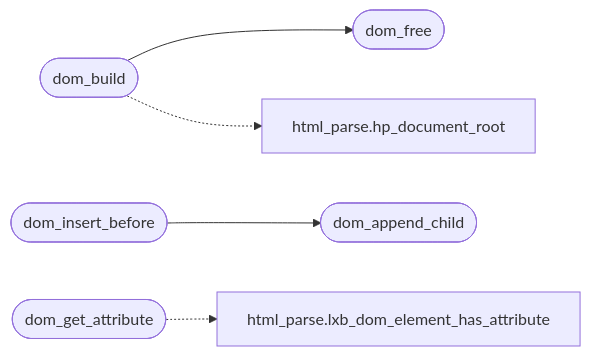
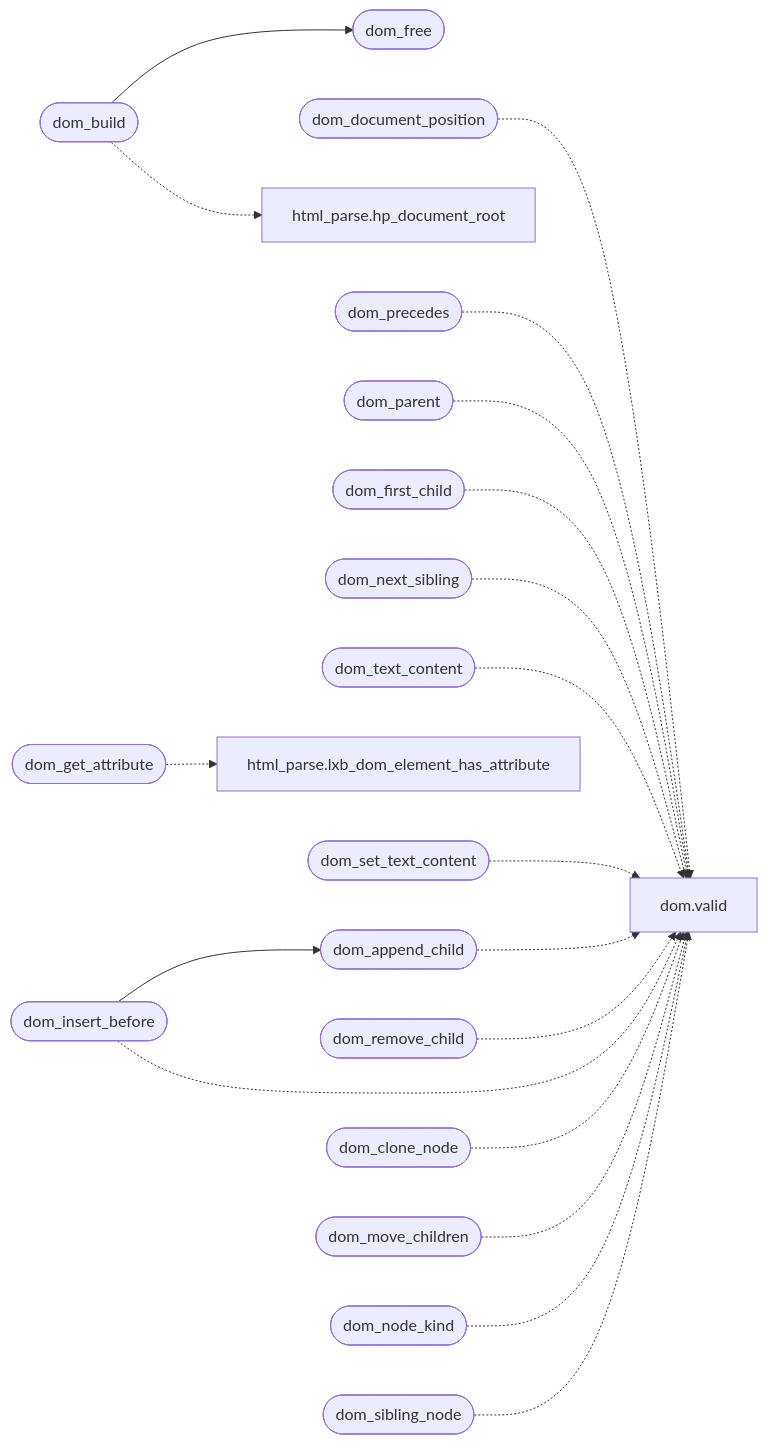
Before and after one commit to grisuno/FreeDom: the second of 2 diagrams in readmenator-apidocs/modules/src.dom.c.md, drawn with Mermaid. The commit also changed other lines of this file and 248 other files, not shown here.

````diff
--- a/readmenator-apidocs/modules/src.dom.c.md
+++ b/readmenator-apidocs/modules/src.dom.c.md
@@ -36,14 +36,41 @@
 ```mermaid
 flowchart LR
     n_src_dom_c__dom_build(["dom_build"])
     n_src_dom_c__dom_free(["dom_free"])
     n_src_dom_c__dom_insert_before(["dom_insert_before"])
     n_src_dom_c__dom_append_child(["dom_append_child"])
     n_include_html_parse_h__hp_document_root["html_parse.hp_document_root"]
+    n_src_dom_c__dom_document_position(["dom_document_position"])
+    n_include_dom_h__valid["dom.valid"]
+    n_src_dom_c__dom_precedes(["dom_precedes"])
+    n_src_dom_c__dom_parent(["dom_parent"])
+    n_src_dom_c__dom_first_child(["dom_first_child"])
+    n_src_dom_c__dom_next_sibling(["dom_next_sibling"])
     n_src_dom_c__dom_get_attribute(["dom_get_attribute"])
     n_src_html_parse_c__lxb_dom_element_has_attribute["html_parse.lxb_dom_element_has_attribute"]
+    n_src_dom_c__dom_text_content(["dom_text_content"])
+    n_src_dom_c__dom_set_text_content(["dom_set_text_content"])
+    n_src_dom_c__dom_remove_child(["dom_remove_child"])
+    n_src_dom_c__dom_clone_node(["dom_clone_node"])
+    n_src_dom_c__dom_move_children(["dom_move_children"])
+    n_src_dom_c__dom_node_kind(["dom_node_kind"])
+    n_src_dom_c__dom_sibling_node(["dom_sibling_node"])
     n_src_dom_c__dom_build --> n_src_dom_c__dom_free
     n_src_dom_c__dom_insert_before --> n_src_dom_c__dom_append_child
     n_src_dom_c__dom_build -.-> n_include_html_parse_h__hp_document_root
+    n_src_dom_c__dom_document_position -.-> n_include_dom_h__valid
+    n_src_dom_c__dom_precedes -.-> n_include_dom_h__valid
+    n_src_dom_c__dom_parent -.-> n_include_dom_h__valid
+    n_src_dom_c__dom_first_child -.-> n_include_dom_h__valid
+    n_src_dom_c__dom_next_sibling -.-> n_include_dom_h__valid
     n_src_dom_c__dom_get_attribute -.-> n_src_html_parse_c__lxb_dom_element_has_attribute
+    n_src_dom_c__dom_text_content -.-> n_include_dom_h__valid
+    n_src_dom_c__dom_set_text_content -.-> n_include_dom_h__valid
+    n_src_dom_c__dom_append_child -.-> n_include_dom_h__valid
+    n_src_dom_c__dom_remove_child -.-> n_include_dom_h__valid
+    n_src_dom_c__dom_insert_before -.-> n_include_dom_h__valid
+    n_src_dom_c__dom_clone_node -.-> n_include_dom_h__valid
+    n_src_dom_c__dom_move_children -.-> n_include_dom_h__valid
+    n_src_dom_c__dom_node_kind -.-> n_include_dom_h__valid
+    n_src_dom_c__dom_sibling_node -.-> n_include_dom_h__valid
 ```
````
